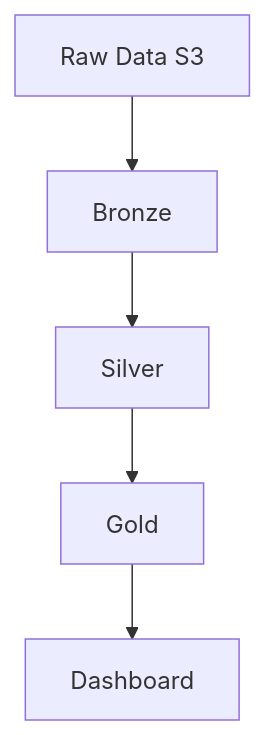
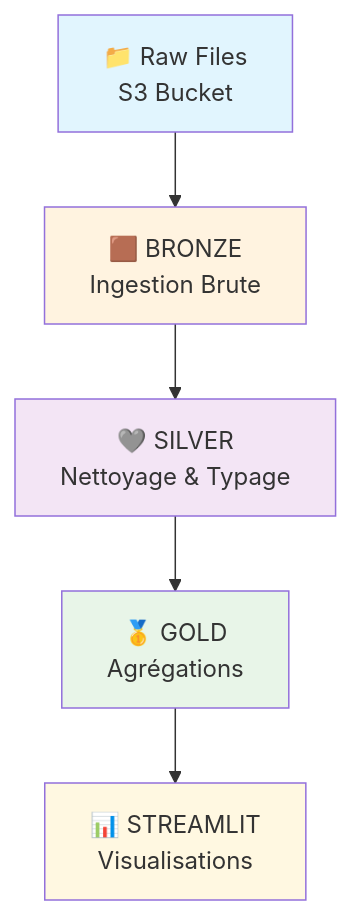
The first of 2 diagrams in README.md (bycedlanalyst/Linkedin_Snowflake_Analysis), drawn with Mermaid before and after one commit. The commit also changed other lines of this file, not shown here.

````diff
--- a/README.md
+++ b/README.md
@@ -39,7 +62,13 @@
 ```mermaid
 graph TD
-A[Raw Data S3] --> B[Bronze]
-B --> C[Silver]
-C --> D[Gold]
-D --> E[Dashboard]
+    A[📁 Raw Files<br/>S3 Bucket] --> B[🟫 BRONZE<br/>Ingestion Brute]
+    B --> C[🩶 SILVER<br/>Nettoyage & Typage]
+    C --> D[🥇 GOLD<br/>Agrégations]
+    D --> E[📊 STREAMLIT<br/>Visualisations]
+
+    style A fill:#e1f5fe
+    style B fill:#fff3e0
+    style C fill:#f3e5f5
+    style D fill:#e8f5e8
+    style E fill:#fff8e1
 ```
````
